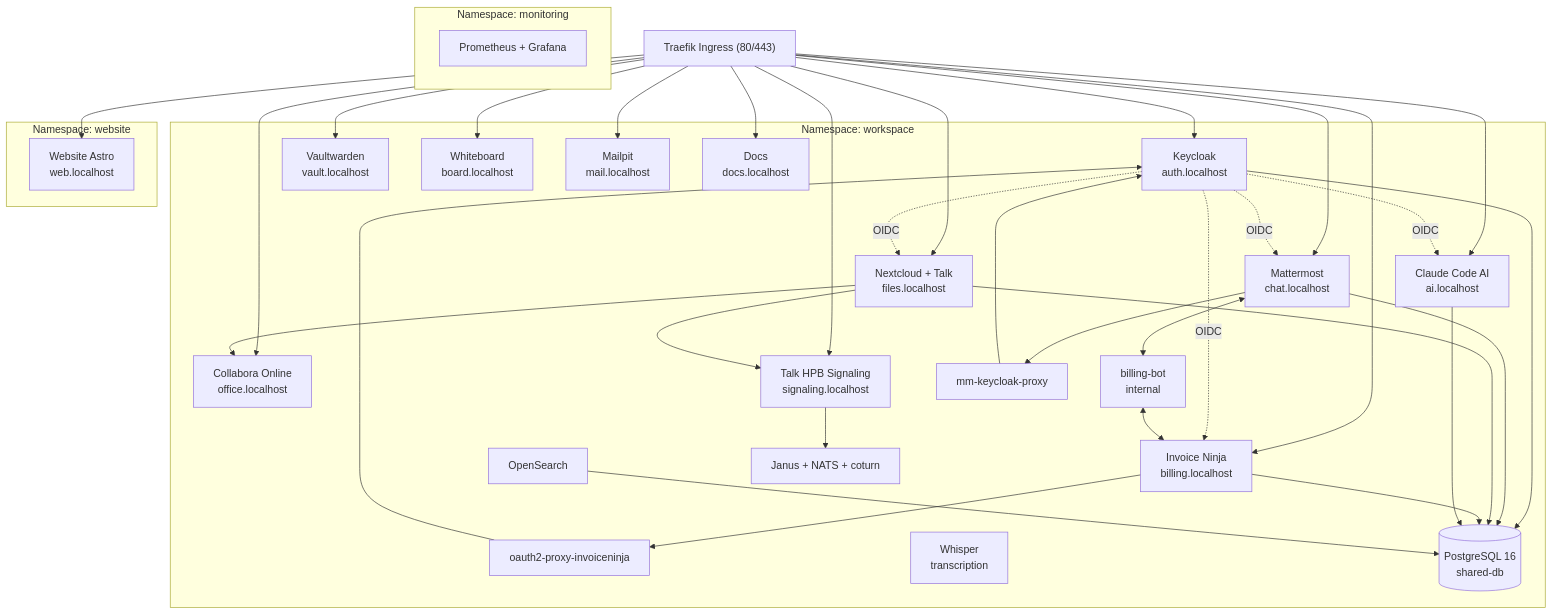
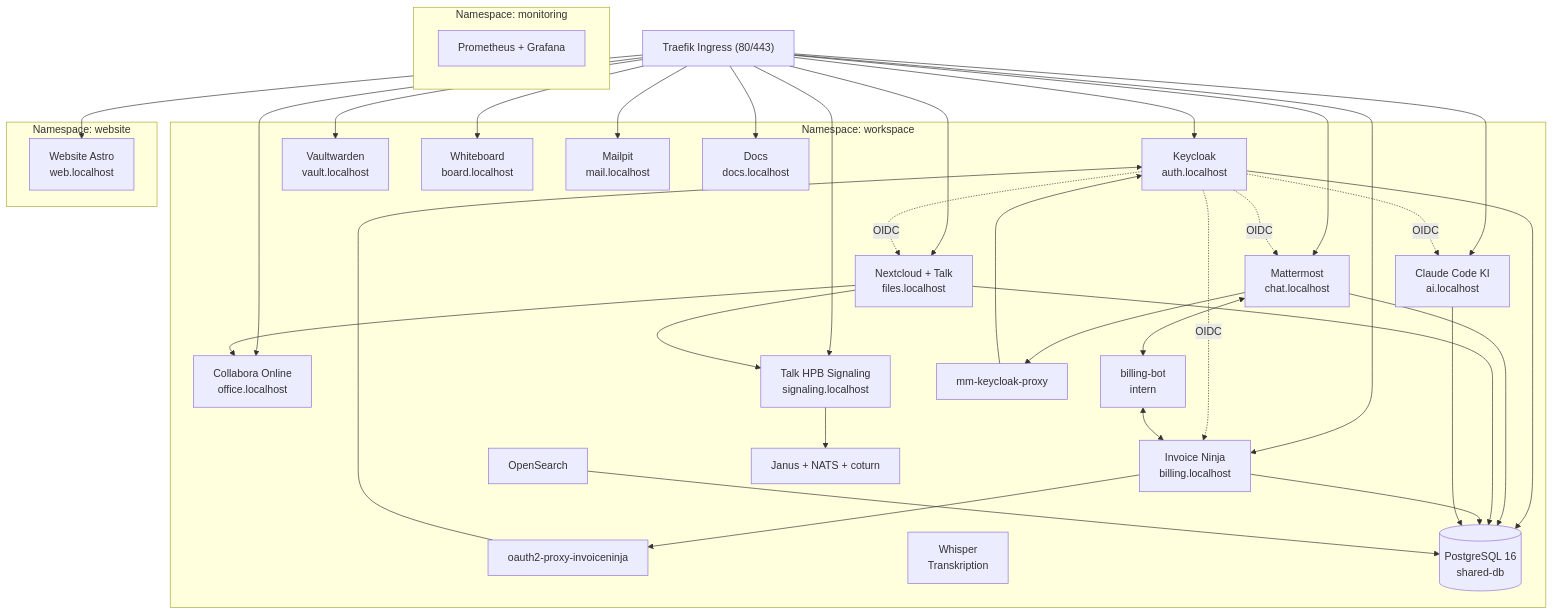
One commit to Paddione/Bachelorprojekt changed the diagram in CLAUDE.md. Above: the diagram before and after it, drawn with Mermaid. The commit also changed 19 other files, not shown here.

````diff
--- a/CLAUDE.md
+++ b/CLAUDE.md
@@ -113,45 +113,45 @@
 ```mermaid
 graph TB
     Traefik["Traefik Ingress (80/443)"]
 
     subgraph workspace ["Namespace: workspace"]
         KC[Keycloak<br/>auth.localhost]
         MM[Mattermost<br/>chat.localhost]
         NC[Nextcloud + Talk<br/>files.localhost]
         CO[Collabora Online<br/>office.localhost]
         HPB[Talk HPB Signaling<br/>signaling.localhost]
-        OC[Claude Code AI<br/>ai.localhost]
+        OC[Claude Code KI<br/>ai.localhost]
         IN[Invoice Ninja<br/>billing.localhost]
         VW[Vaultwarden<br/>vault.localhost]
         WB[Whiteboard<br/>board.localhost]
         MP[Mailpit<br/>mail.localhost]
         OS[OpenSearch]
         DOCS[Docs<br/>docs.localhost]
-        BB[billing-bot<br/>internal]
+        BB[billing-bot<br/>intern]
         PROXY[mm-keycloak-proxy]
         OAUTH[oauth2-proxy-invoiceninja]
-        WHISPER[Whisper<br/>transcription]
+        WHISPER[Whisper<br/>Transkription]
         JANUS[Janus + NATS + coturn]
         DB[(PostgreSQL 16<br/>shared-db)]
     end
 
     subgraph website-ns ["Namespace: website"]
         WEB[Website Astro<br/>web.localhost]
     end
 
     subgraph monitoring-ns ["Namespace: monitoring"]
         PROM[Prometheus + Grafana]
     end
 
     Traefik --> KC & MM & NC & CO & HPB & OC & IN & VW & WB & MP & DOCS & WEB
 
     KC -. OIDC .-> MM & NC & IN & OC
     PROXY --> KC
     MM --> PROXY
     OAUTH --> KC
     IN --> OAUTH
     MM <--> BB <--> IN
     NC --> CO
     NC --> HPB --> JANUS
     KC & MM & NC & IN & OC & OS --> DB
 ```
````
